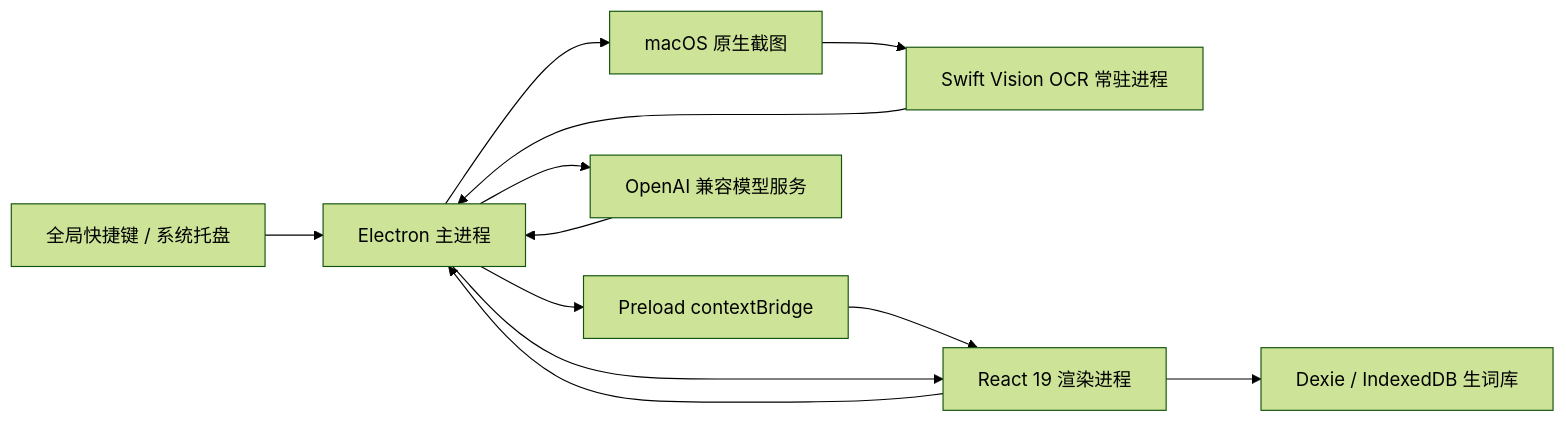
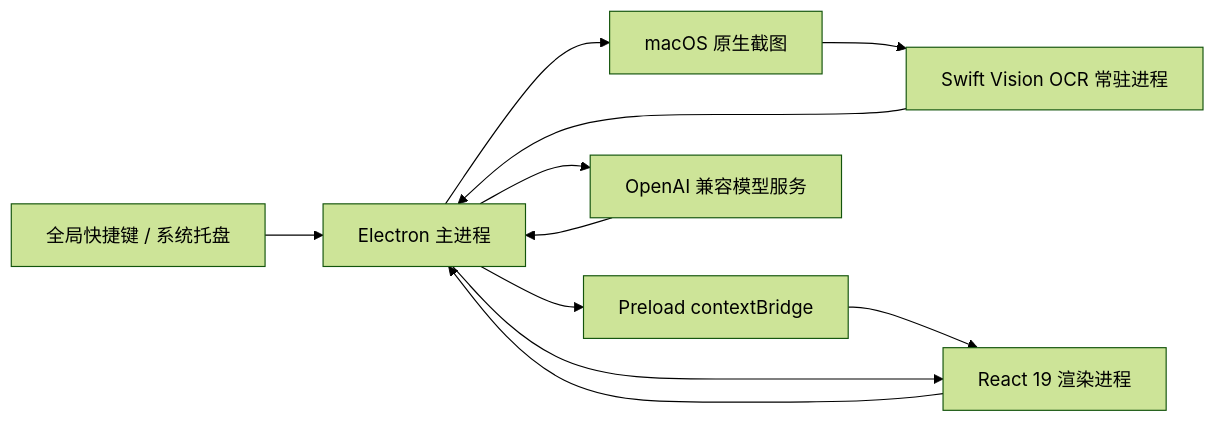
One commit to GTTaaa/Xenon changed the diagram in README.md. Above: the diagram before and after it, drawn with Mermaid (forest theme). The commit also changed other lines of this file and 41 other files, not shown here.

First line of the commit message:
feat: 发布纯截图翻译版

````diff
--- a/README.md
+++ b/README.md
@@ -181,14 +169,13 @@
 ```mermaid
 flowchart LR
     A["全局快捷键 / 系统托盘"] --> B["Electron 主进程"]
     B --> C["macOS 原生截图"]
     C --> D["Swift Vision OCR 常驻进程"]
     D --> B
     B --> E["Preload contextBridge"]
     E --> F["React 19 渲染进程"]
     F --> B
     B --> G["OpenAI 兼容模型服务"]
     G --> B
     B --> F
-    F --> H["Dexie / IndexedDB 生词库"]
 ```
````
